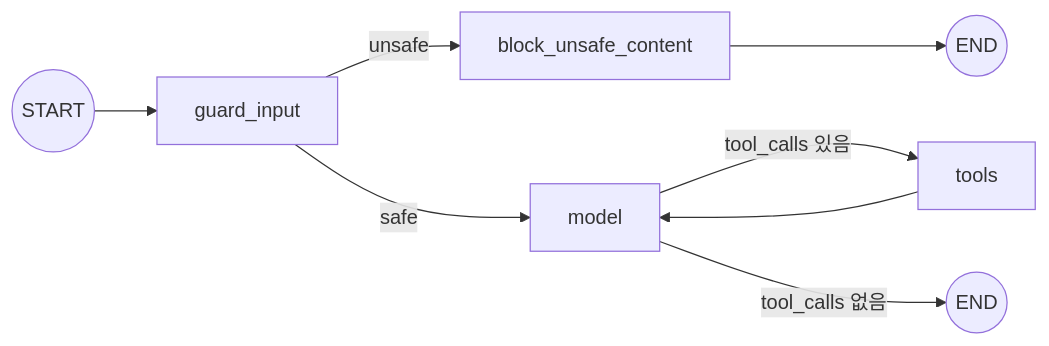
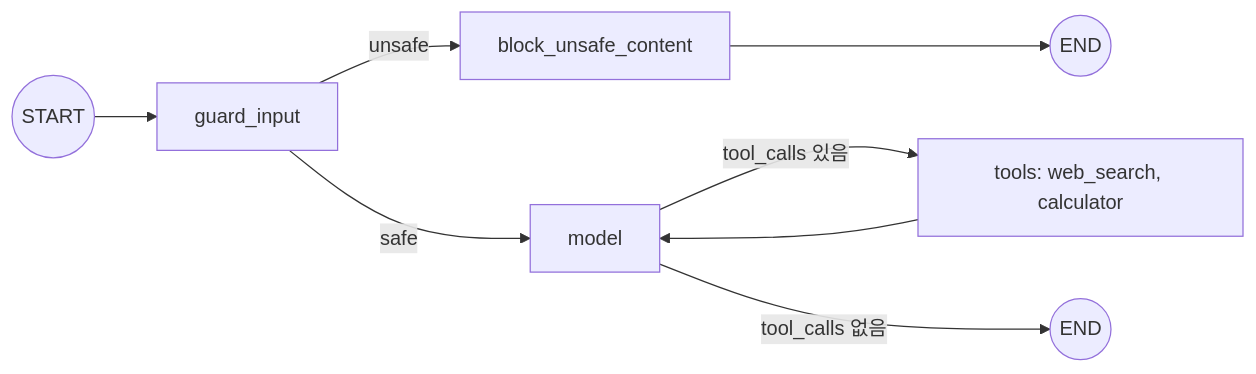
The second of 5 diagrams in docs/ai-agent-systems/agent-service-toolkit-langgraph-langchain-walkthrough.md (yjs000/wiki), drawn with Mermaid before and after one commit. The commit also changed other lines of this file, not shown here.

First line of the commit message:
docs: agent-service-toolkit 문서에 rag-assistant 워크플로우 병합

````diff
--- a/docs/ai-agent-systems/agent-service-toolkit-langgraph-langchain-walkthrough.md
+++ b/docs/ai-agent-systems/agent-service-toolkit-langgraph-langchain-walkthrough.md
@@ -144,10 +172,10 @@
 ```mermaid
 flowchart LR
     START(("START")) --> G["guard_input"]
     G -- unsafe --> B["block_unsafe_content"]
     B --> END1(("END"))
     G -- safe --> M["model"]
-    M -- tool_calls 있음 --> T["tools"]
+    M -- tool_calls 있음 --> T["tools: web_search, calculator"]
     T --> M
     M -- tool_calls 없음 --> END2(("END"))
 ```
````
